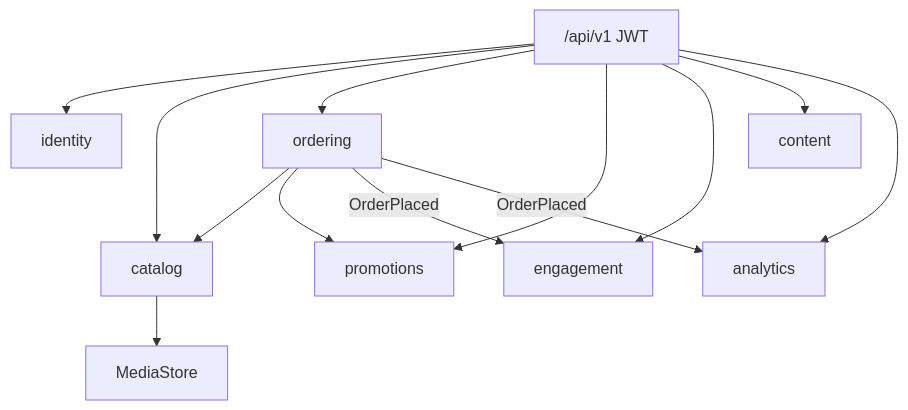
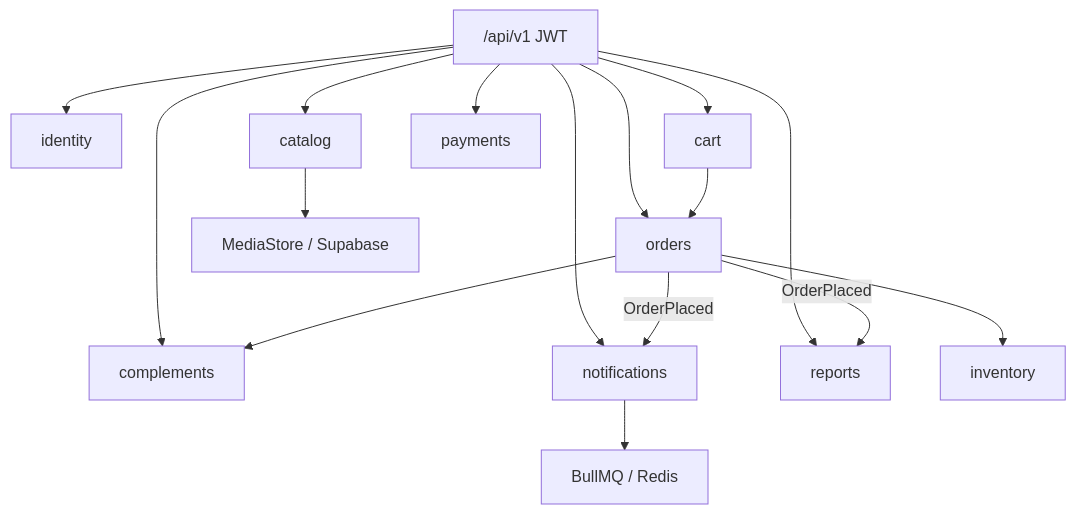
One commit to julianmeoficial/minimalecommerceapi changed the diagram in docs/09-NUCLEO-GUIA.md. Above: the diagram before and after it, drawn with Mermaid. The commit also changed other lines of this file and 224 other files, not shown here.

````diff
--- a/docs/09-NUCLEO-GUIA.md
+++ b/docs/09-NUCLEO-GUIA.md
@@ -38,16 +45,19 @@
 ```mermaid
 flowchart TB
   HTTP["/api/v1 JWT"]
   HTTP --> identity
   HTTP --> catalog
-  HTTP --> ordering
-  HTTP --> promotions
-  HTTP --> engagement
-  HTTP --> content
-  HTTP --> analytics
-  ordering --> catalog
-  ordering --> promotions
-  ordering -->|"OrderPlaced"| engagement
-  ordering -->|"OrderPlaced"| analytics
-  catalog --> media["MediaStore"]
+  HTTP --> cart
+  HTTP --> orders
+  HTTP --> payments
+  HTTP --> complements
+  HTTP --> notifications
+  HTTP --> reports
+  cart --> orders
+  orders --> inventory
+  orders --> complements
+  orders -->|"OrderPlaced"| notifications
+  orders -->|"OrderPlaced"| reports
+  catalog --> media["MediaStore / Supabase"]
+  notifications --> redis["BullMQ / Redis"]
 ```
````
